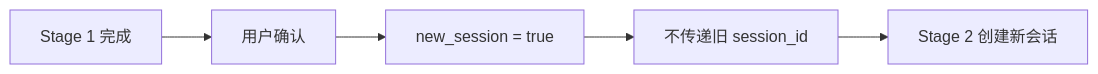
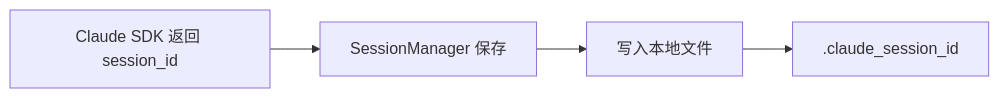
Before and after one commit to wecode-ai/Wegent: the seventh of 8 diagrams in docs/zh/features/task-restore.md, drawn with Mermaid. The commit also changed other lines of this file and 7 other files, not shown here.

````diff
--- a/docs/zh/features/task-restore.md
+++ b/docs/zh/features/task-restore.md
@@ -271,7 +221,6 @@
 ```mermaid
 flowchart LR
-    A[Stage 1 完成] --> B[用户确认]
-    B --> C[new_session = true]
-    C --> D[不传递旧 session_id]
-    D --> E[Stage 2 创建新会话]
+    A[Claude SDK 返回 session_id] --> B[SessionManager 保存]
+    B --> C[写入本地文件]
+    C --> D[.claude_session_id]
 ```
````
